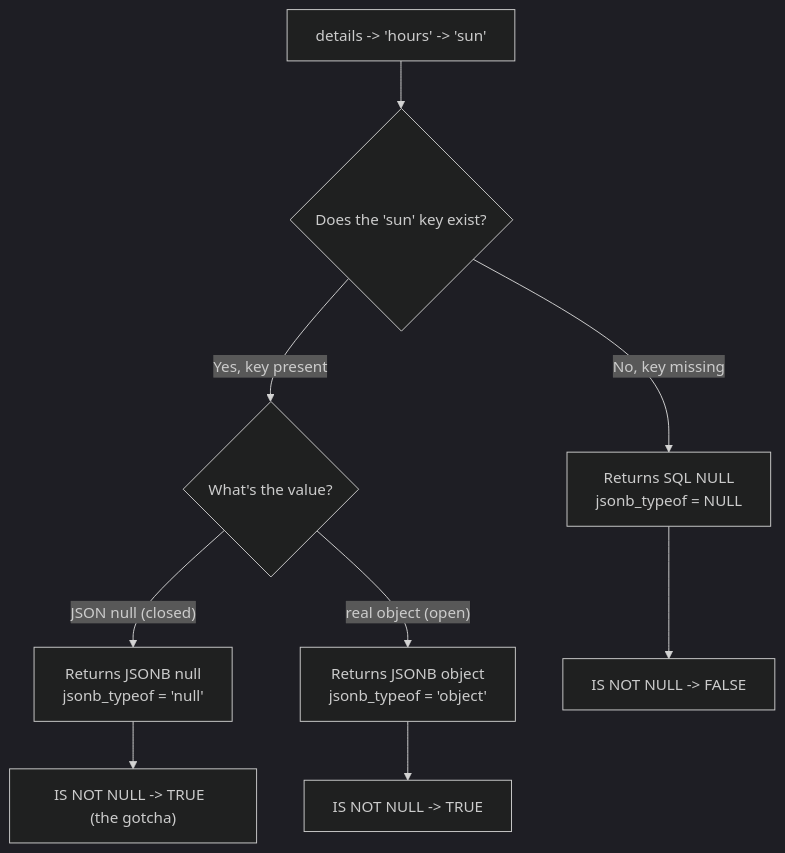
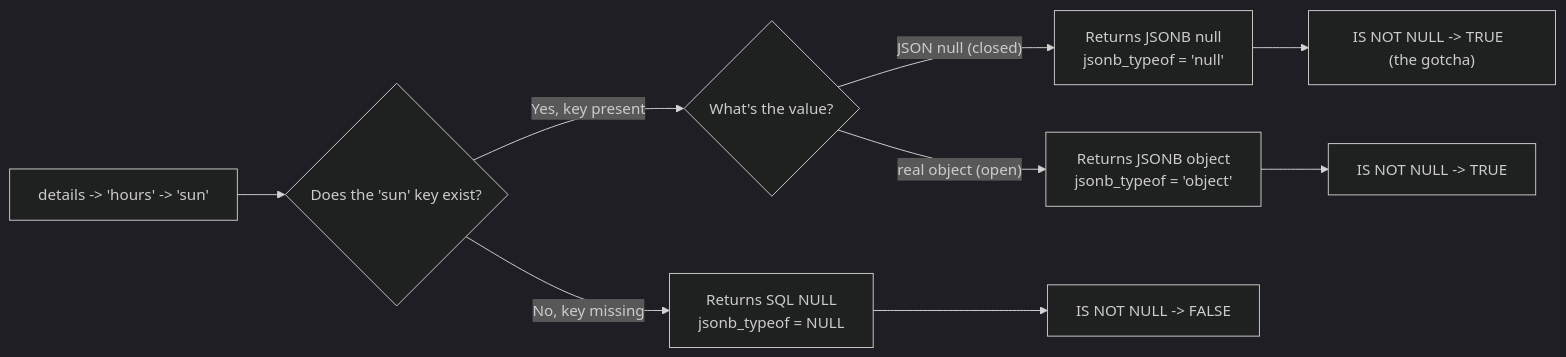
The diagram in diagrams/ch01_null_vs_null.mmd (chrislee35/postgresql-beyond-relational-lab-book), drawn with Mermaid (dark theme) before and after one commit. The commit also changed 21 other files, not shown here.

```diff
--- a/diagrams/ch01_null_vs_null.mmd
+++ b/diagrams/ch01_null_vs_null.mmd
@@ -1,13 +1,13 @@
-graph TD
+graph LR
     Start["details -> 'hours' -> 'sun'"]
     Start --> KeyCheck{"Does the 'sun' key exist?"}
 
     KeyCheck -->|No, key missing| SqlNull["Returns SQL NULL<br/>jsonb_typeof = NULL"]
     KeyCheck -->|Yes, key present| ValueCheck{"What's the value?"}
 
     ValueCheck -->|"JSON null (closed)"| JsonNull["Returns JSONB null<br/>jsonb_typeof = 'null'"]
     ValueCheck -->|"real object (open)"| JsonObj["Returns JSONB object<br/>jsonb_typeof = 'object'"]
 
     SqlNull --> R1["IS NOT NULL -> FALSE"]
     JsonNull --> R2["IS NOT NULL -> TRUE  (the gotcha)"]
     JsonObj --> R3["IS NOT NULL -> TRUE"]
```
